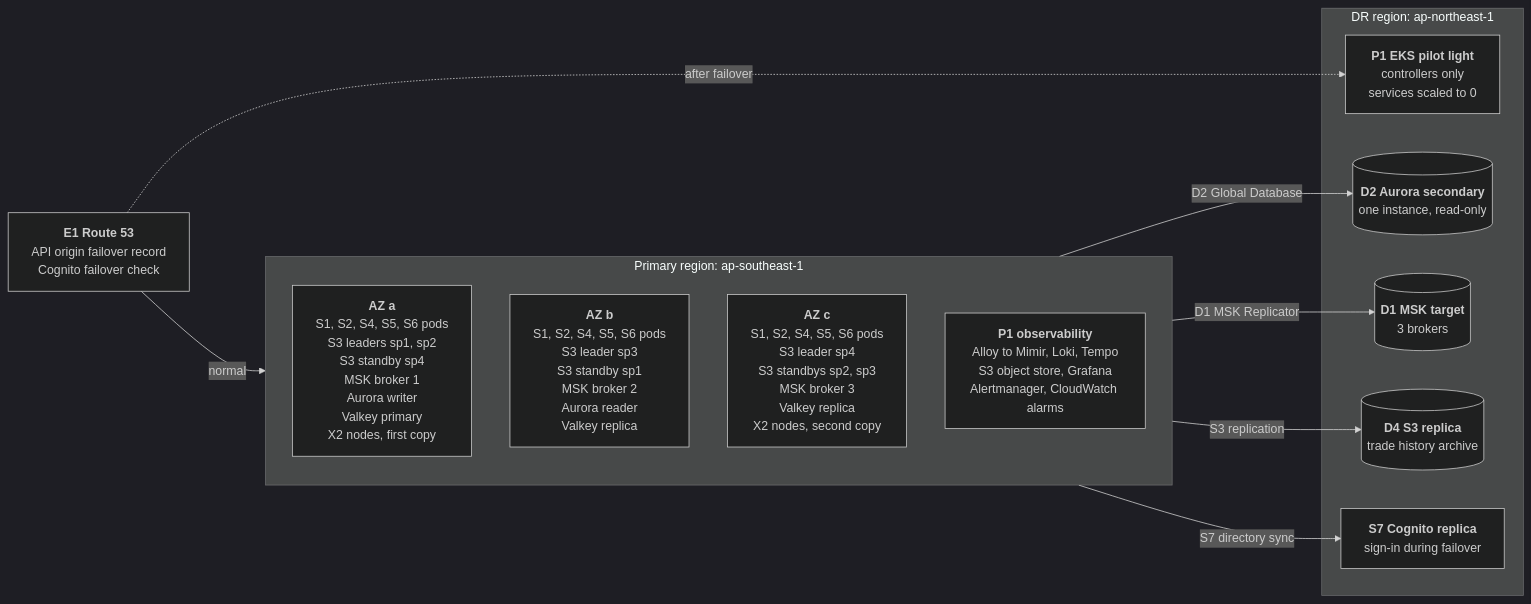
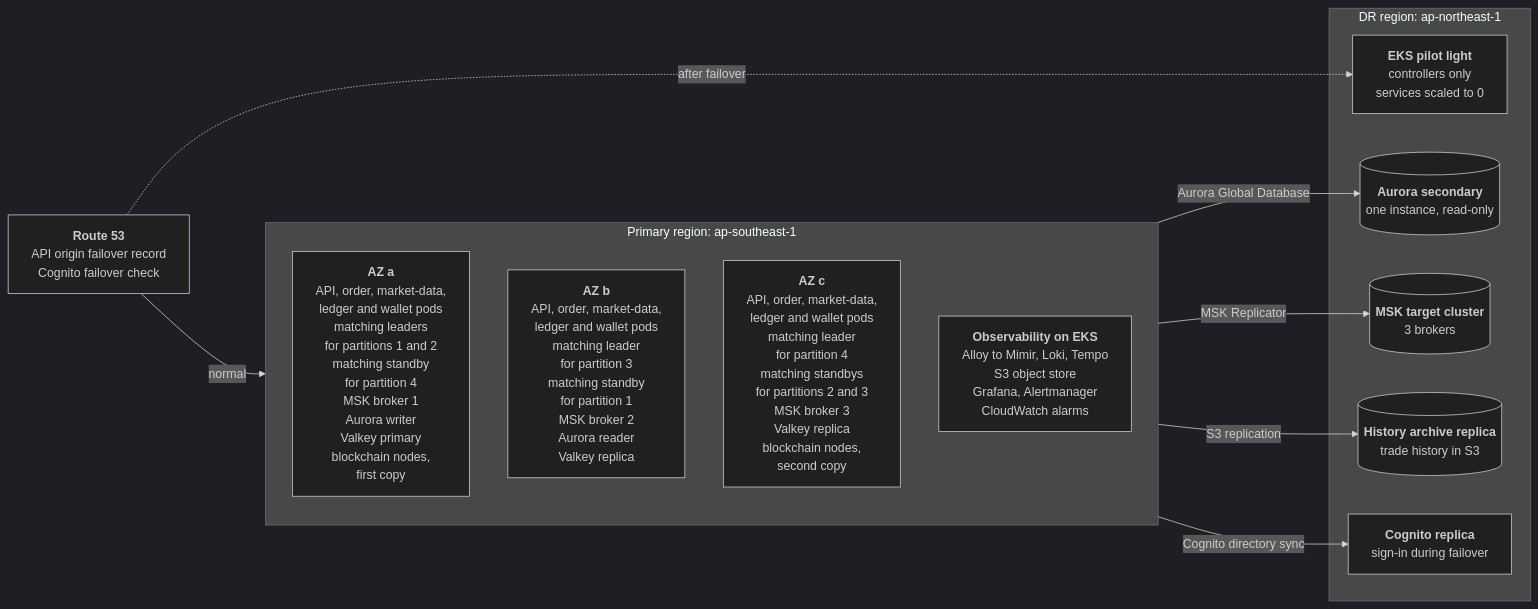
One commit to ndmquan-git/devops-challenge-ndmquan changed the third of 4 diagrams in src/problem1/SOLUTION.md. Above: the diagram before and after it, drawn with Mermaid (dark theme). The commit also changed other lines of this file and 4 other files, not shown here.

````diff
--- a/src/problem1/SOLUTION.md
+++ b/src/problem1/SOLUTION.md
@@ -189,53 +191,65 @@
 ```mermaid
 flowchart LR
-  E1["`**E1 Route 53**
+  dns["`**Route 53**
 API origin failover record
 Cognito failover check`"]
   subgraph primary["Primary region: ap-southeast-1"]
-    AZA["`**AZ a**
-S1, S2, S4, S5, S6 pods
-S3 leaders sp1, sp2
-S3 standby sp4
+    aza["`**AZ a**
+API, order, market-data,
+ledger and wallet pods
+matching leaders
+for partitions 1 and 2
+matching standby
+for partition 4
 MSK broker 1
 Aurora writer
 Valkey primary
-X2 nodes, first copy`"]
-    AZB["`**AZ b**
-S1, S2, S4, S5, S6 pods
-S3 leader sp3
-S3 standby sp1
+blockchain nodes,
+first copy`"]
+    azb["`**AZ b**
+API, order, market-data,
+ledger and wallet pods
+matching leader
+for partition 3
+matching standby
+for partition 1
 MSK broker 2
 Aurora reader
 Valkey replica`"]
-    AZC["`**AZ c**
-S1, S2, S4, S5, S6 pods
-S3 leader sp4
-S3 standbys sp2, sp3
+    azc["`**AZ c**
+API, order, market-data,
+ledger and wallet pods
+matching leader
+for partition 4
+matching standbys
+for partitions 2 and 3
 MSK broker 3
 Valkey replica
-X2 nodes, second copy`"]
-    OBS["`**P1 observability**
+blockchain nodes,
+second copy`"]
+    obs["`**Observability on EKS**
 Alloy to Mimir, Loki, Tempo
-S3 object store, Grafana
-Alertmanager, CloudWatch alarms`"]
+S3 object store
+Grafana, Alertmanager
+CloudWatch alarms`"]
   end
   subgraph dr["DR region: ap-northeast-1"]
-    DREKS["`**P1 EKS pilot light**
+    dreks["`**EKS pilot light**
 controllers only
 services scaled to 0`"]
-    DRDB[("`**D2 Aurora secondary**
+    draurora[("`**Aurora secondary**
 one instance, read-only`")]
-    DRMSK[("`**D1 MSK target**
+    drmsk[("`**MSK target cluster**
 3 brokers`")]
-    DRS3[("`**D4 S3 replica**
-trade history archive`")]
-    DRCOG["`**S7 Cognito replica**
+    drarchive[("`**History archive replica**
+trade history in S3`")]
+    drcognito["`**Cognito replica**
 sign-in during failover`"]
   end
-  E1 -- normal --> primary
-  E1 -. after failover .-> DREKS
-  primary -- D2 Global Database --> DRDB
-  primary -- D1 MSK Replicator --> DRMSK
-  primary -- S3 replication --> DRS3
-  primary -- S7 directory sync --> DRCOG
+  dns -- normal --> primary
+  dns -. after failover .-> dreks
+  primary -- Aurora Global Database --> draurora
+  primary -- MSK Replicator --> drmsk
+  primary -- S3 replication --> drarchive
+  primary -- Cognito directory sync --> drcognito
 ```
````
